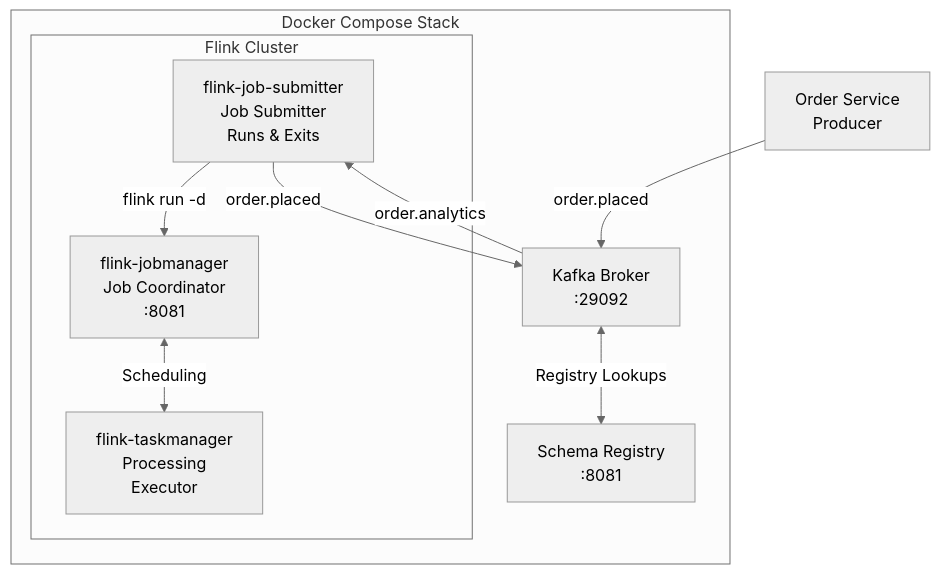
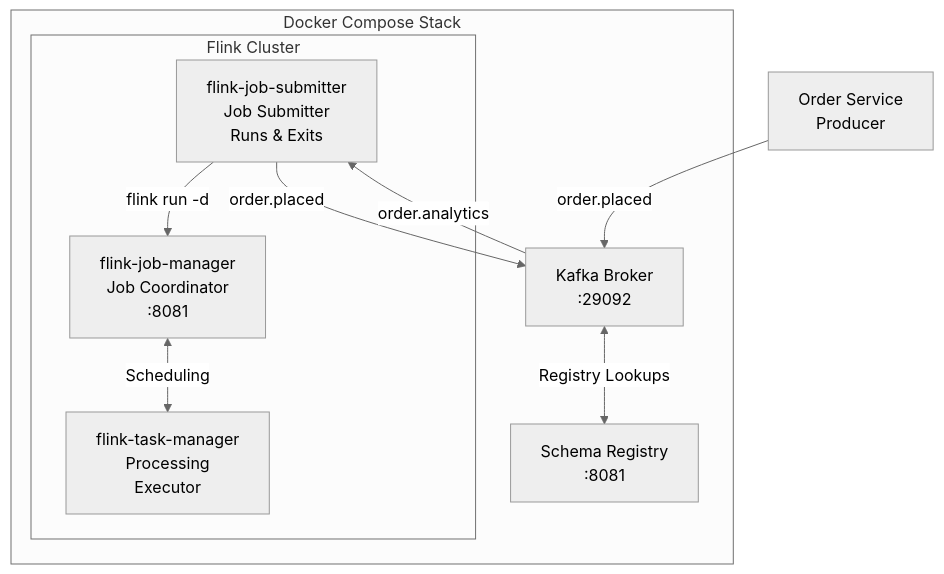
The first of 2 diagrams in flink-job-submitter/README.md (ryanachten/kafkaesque), drawn with Mermaid (neutral theme) before and after one commit. The commit also changed other lines of this file and 6 other files, not shown here.

````diff
--- a/flink-job-submitter/README.md
+++ b/flink-job-submitter/README.md
@@ -7,23 +7,23 @@
 ```mermaid
 graph TB
     subgraph Docker["Docker Compose Stack"]
         subgraph Flink["Flink Cluster"]
-            JM[flink-jobmanager<br/>Job Coordinator<br/>:8081]
-            TM[flink-taskmanager<br/>Processing<br/>Executor]
+            JM[flink-job-manager<br/>Job Coordinator<br/>:8081]
+            TM[flink-task-manager<br/>Processing<br/>Executor]
             FA[flink-job-submitter<br/>Job Submitter<br/>Runs & Exits]
             
             FA -->|"flink run -d"| JM
             JM <-->|"Scheduling"| TM
         end
         
         KB[Kafka Broker<br/>:29092]
         SR[Schema Registry<br/>:8081]
         
         FA -->|"order.placed"| KB
         KB -->|"order.analytics"| FA
         
         KB <-->|"Registry Lookups"| SR
     end
     
     OS[Order Service<br/>Producer] -->|"order.placed"| KB
 ```
````
